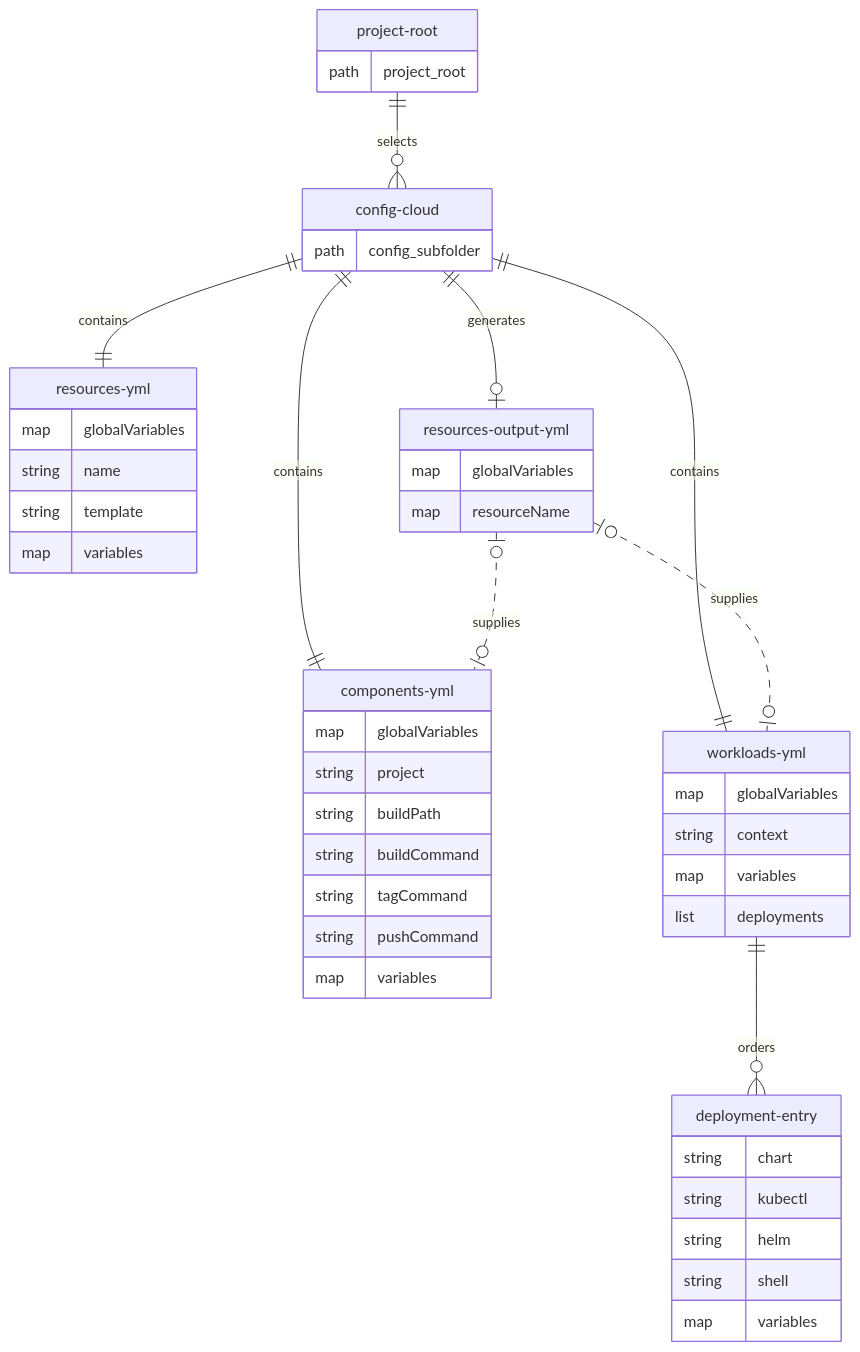
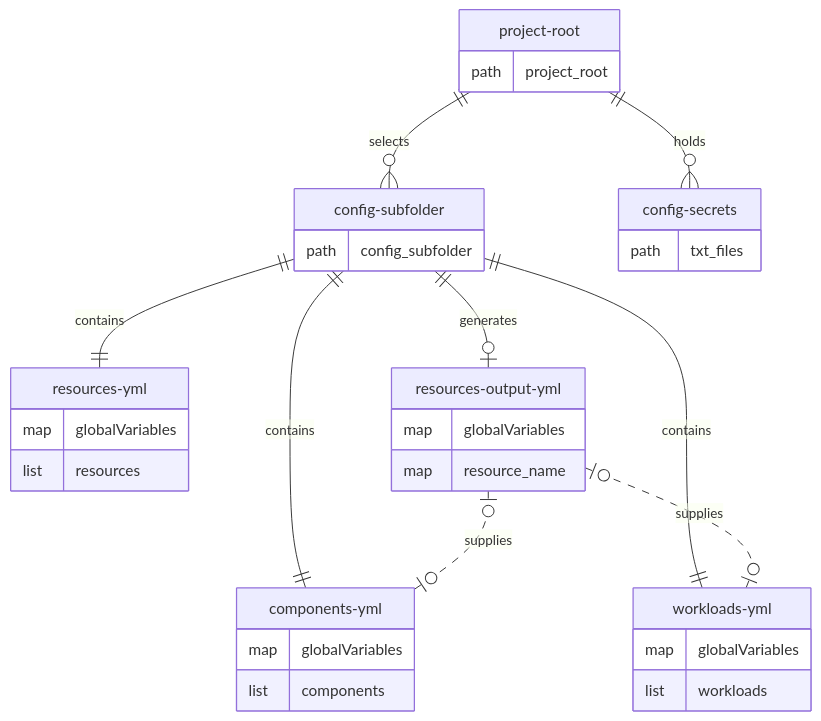
One commit to alissonsol/yuruna changed the first of 3 diagrams in docs/design/05-data-model.md. Above: the diagram before and after it, drawn with Mermaid. The commit also changed other lines of this file and 1343 other files, not shown here.

````diff
--- a/docs/design/05-data-model.md
+++ b/docs/design/05-data-model.md
@@ -12,50 +11,37 @@
 ```mermaid
 erDiagram
-    project-root ||--o{ config-cloud : selects
-    config-cloud ||--|| resources-yml : contains
-    config-cloud ||--|| components-yml : contains
-    config-cloud ||--|| workloads-yml : contains
-    config-cloud ||--o| resources-output-yml : generates
-    workloads-yml ||--o{ deployment-entry : orders
-    %% optional: later phases read resource outputs when the file exists.
+    project-root ||--o{ config-subfolder : selects
+    config-subfolder ||--|| resources-yml : contains
+    config-subfolder ||--|| components-yml : contains
+    config-subfolder ||--|| workloads-yml : contains
+    config-subfolder ||--o| resources-output-yml : generates
+    %% optional: secret folders need not exist.
+    project-root ||--o{ config-secrets : holds
     resources-output-yml |o..o| components-yml : supplies
     resources-output-yml |o..o| workloads-yml : supplies
     project-root {
         path project_root
     }
-    config-cloud {
+    config-subfolder {
         path config_subfolder
     }
     resources-yml {
         map globalVariables
-        string name
-        string template
-        map variables
+        list resources
     }
     components-yml {
         map globalVariables
-        string project
-        string buildPath
-        string buildCommand
-        string tagCommand
-        string pushCommand
-        map variables
+        list components
     }
     workloads-yml {
         map globalVariables
-        string context
-        map variables
-        list deployments
-    }
-    deployment-entry {
-        string chart
-        string kubectl
-        string helm
-        string shell
-        map variables
+        list workloads
     }
     resources-output-yml {
         map globalVariables
-        map resourceName
+        map resource_name
+    }
+    config-secrets {
+        path txt_files
     }
 ```
````
